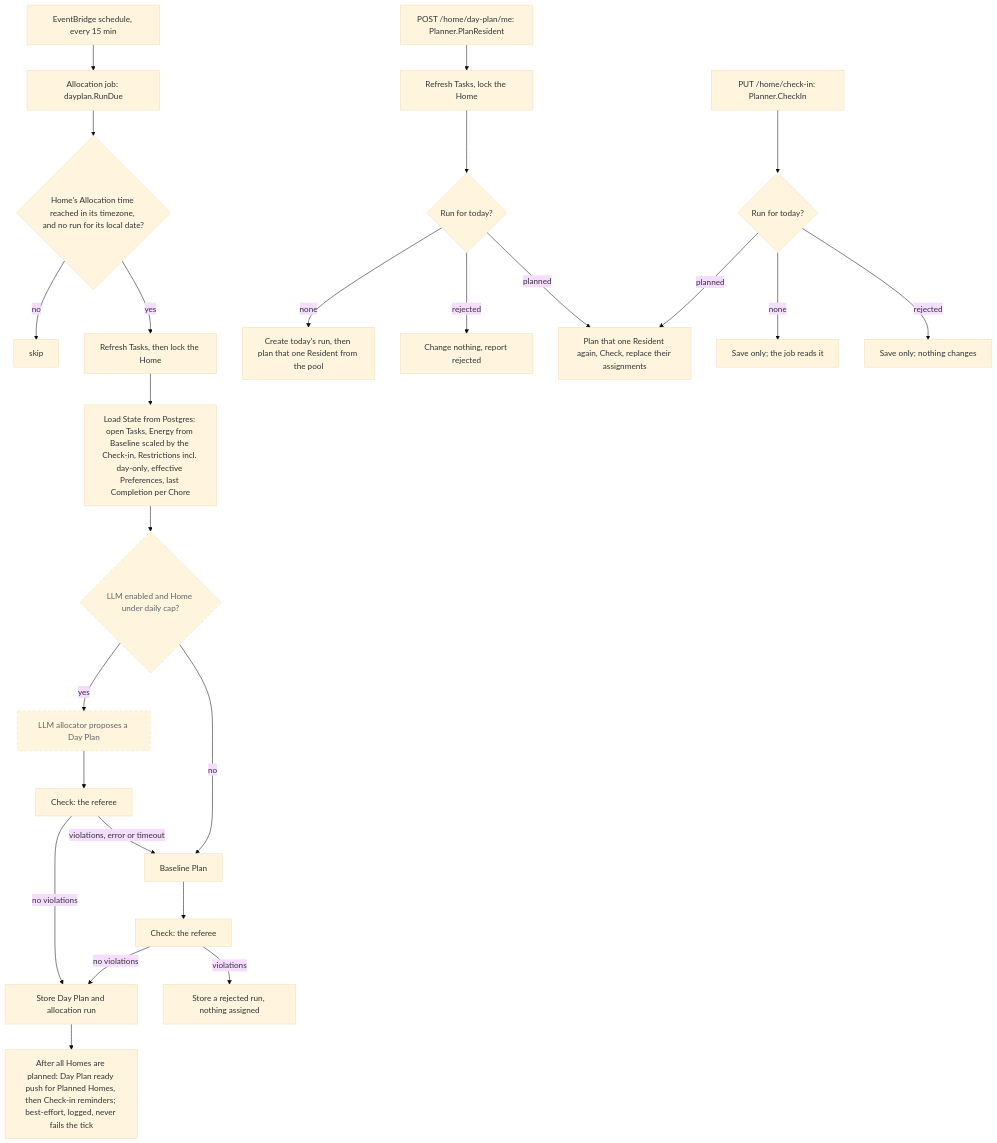
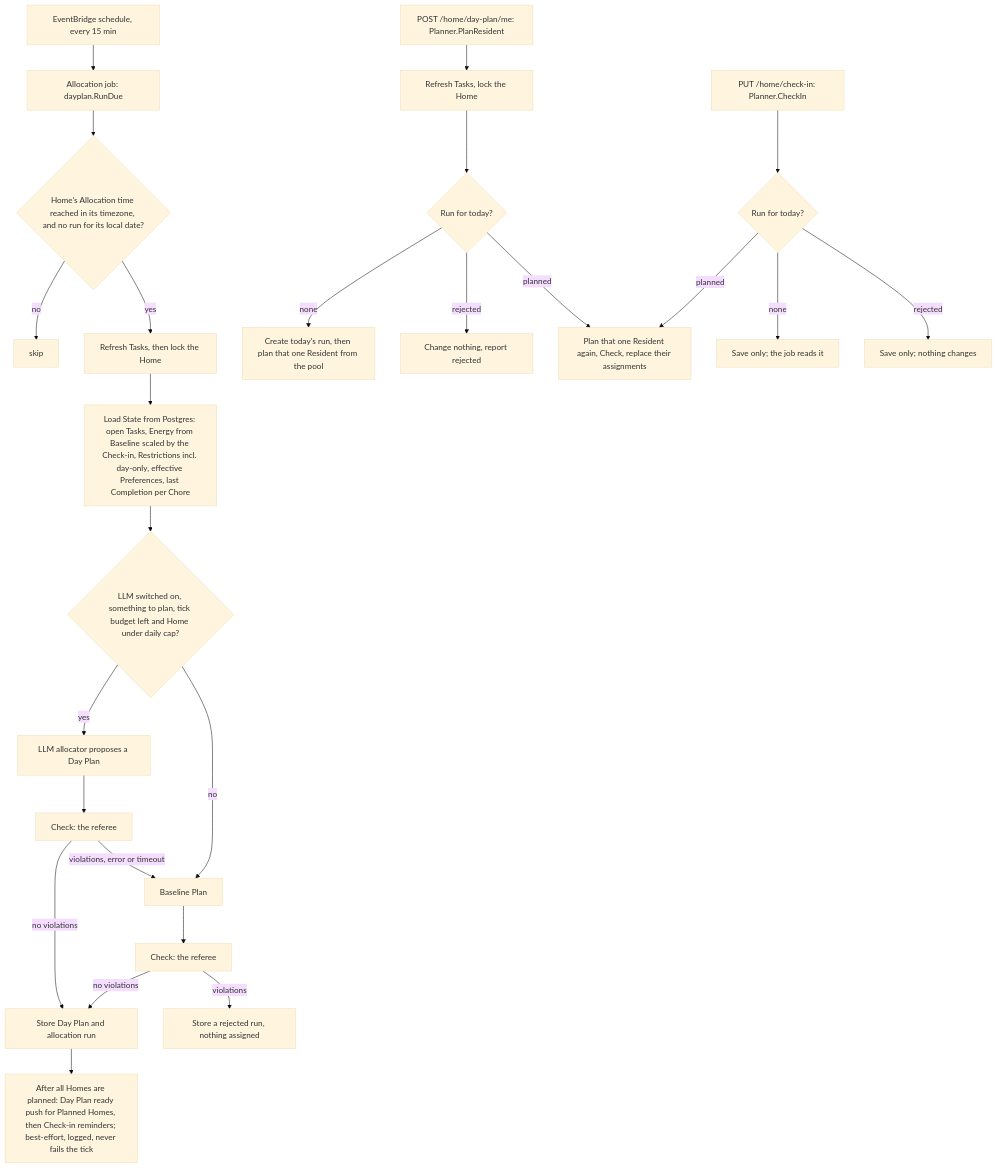
The diagram in docs/architecture/allocation.md (AbnerWillclefy/Homeowner), drawn with Mermaid (base theme) before and after one commit. The commit also changed other lines of this file and 4 other files, not shown here.

Commit message:
docs(architecture): describe the llm allocator, its cap and its switch (#26)

````diff
--- a/docs/architecture/allocation.md
+++ b/docs/architecture/allocation.md
@@ -62,29 +63,29 @@
 ```mermaid
 flowchart TD
     EB["EventBridge schedule, every 15 min"] --> J["Allocation job: dayplan.RunDue"]
     J --> H{"Home's Allocation time reached in its timezone, and no run for its local date?"}
     H -->|no| X["skip"]
     H -->|yes| R["Refresh Tasks, then lock the Home"]
     R --> L["Load State from Postgres: open Tasks, Energy from Baseline scaled by the Check-in, Restrictions incl. day-only, effective Preferences, last Completion per Chore"]
-    L --> Q{"LLM enabled and Home under daily cap?"}:::planned
-    Q -->|yes| LLM["LLM allocator proposes a Day Plan"]:::planned
+    L --> Q{"LLM switched on, something to plan, tick budget left and Home under daily cap?"}
+    Q -->|yes| LLM["LLM allocator proposes a Day Plan"]
     LLM --> CK["Check: the referee"]
     CK -->|no violations| S
     CK -->|violations, error or timeout| B
     Q -->|no| B["Baseline Plan"]
     B --> CK2["Check: the referee"]
     CK2 -->|no violations| S["Store Day Plan and allocation run"]
     CK2 -->|violations| RJ["Store a rejected run, nothing assigned"]
     S --> N["After all Homes are planned: Day Plan ready push for Planned Homes, then Check-in reminders; best-effort, logged, never fails the tick"]
     GR["POST /home/day-plan/me: Planner.PlanResident"] --> GF["Refresh Tasks, lock the Home"]
     GF --> GR2{"Run for today?"}
     GR2 -->|none| GN["Create today's run, then plan that one Resident from the pool"]
     GR2 -->|rejected| GJ["Change nothing, report rejected"]
     GR2 -->|planned| RP
     CI["PUT /home/check-in: Planner.CheckIn"] --> CR{"Run for today?"}
     CR -->|none| CS["Save only; the job reads it"]
     CR -->|rejected| CS2["Save only; nothing changes"]
     CR -->|planned| RP["Plan that one Resident again, Check, replace their assignments"]
 
     classDef planned stroke-dasharray: 5 5,color:#666
 ```
````
